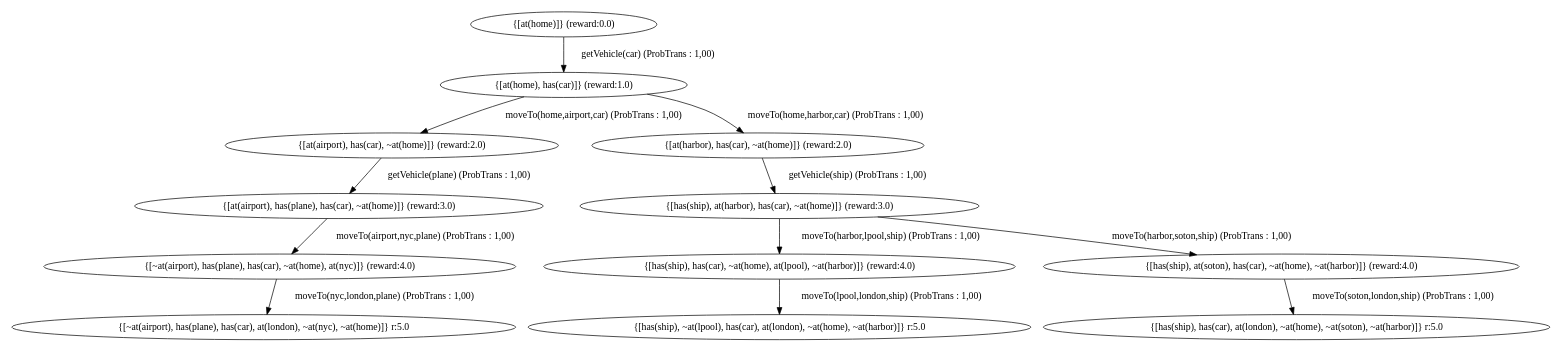
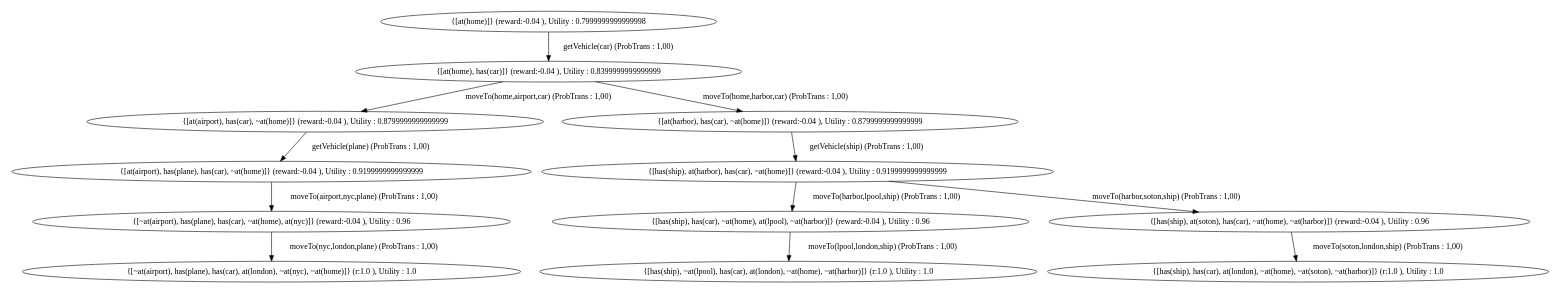
The diagram in chimp/src/main/java/examples/MDP/gotolondon/gotolondonGraph.dot (htiraHatem/CHIMP_MDP), drawn with Graphviz before and after one commit. The commit also changed 3 other files, not shown here.

```diff
--- a/chimp/src/main/java/examples/MDP/gotolondon/gotolondonGraph.dot
+++ b/chimp/src/main/java/examples/MDP/gotolondon/gotolondonGraph.dot
@@ -1,26 +1,26 @@
 digraph {
  size="18,11";
-"5" [label="{[~at(airport), has(plane), has(car), at(london), ~at(nyc), ~at(home)]} r:5.0"];
-"9" [label="{[has(ship), ~at(lpool), has(car), at(london), ~at(home), ~at(harbor)]} r:5.0"];
-"11" [label="{[has(ship), has(car), at(london), ~at(home), ~at(soton), ~at(harbor)]} r:5.0"];
-"0" [label="{[at(home)]} (reward:0.0) "];
-"1" [label="{[at(home), has(car)]} (reward:1.0) "];
-"2" [label="{[at(airport), has(car), ~at(home)]} (reward:2.0) "];
-"3" [label="{[at(airport), has(plane), has(car), ~at(home)]} (reward:3.0) "];
-"4" [label="{[~at(airport), has(plane), has(car), ~at(home), at(nyc)]} (reward:4.0) "];
-"6" [label="{[at(harbor), has(car), ~at(home)]} (reward:2.0) "];
-"7" [label="{[has(ship), at(harbor), has(car), ~at(home)]} (reward:3.0) "];
-"8" [label="{[has(ship), has(car), ~at(home), at(lpool), ~at(harbor)]} (reward:4.0) "];
-"10" [label="{[has(ship), at(soton), has(car), ~at(home), ~at(harbor)]} (reward:4.0) "];
+"5" [label="{[~at(airport), has(plane), has(car), at(london), ~at(nyc), ~at(home)]} (r:1.0 ), Utility : 1.0 "];
+"9" [label="{[has(ship), ~at(lpool), has(car), at(london), ~at(home), ~at(harbor)]} (r:1.0 ), Utility : 1.0 "];
+"11" [label="{[has(ship), has(car), at(london), ~at(home), ~at(soton), ~at(harbor)]} (r:1.0 ), Utility : 1.0 "];
+"0" [label="{[at(home)]} (reward:-0.04 ), Utility : 0.7999999999999998 "];
+"1" [label="{[at(home), has(car)]} (reward:-0.04 ), Utility : 0.8399999999999999 "];
+"2" [label="{[at(airport), has(car), ~at(home)]} (reward:-0.04 ), Utility : 0.8799999999999999 "];
+"3" [label="{[at(airport), has(plane), has(car), ~at(home)]} (reward:-0.04 ), Utility : 0.9199999999999999 "];
+"4" [label="{[~at(airport), has(plane), has(car), ~at(home), at(nyc)]} (reward:-0.04 ), Utility : 0.96 "];
+"6" [label="{[at(harbor), has(car), ~at(home)]} (reward:-0.04 ), Utility : 0.8799999999999999 "];
+"7" [label="{[has(ship), at(harbor), has(car), ~at(home)]} (reward:-0.04 ), Utility : 0.9199999999999999 "];
+"8" [label="{[has(ship), has(car), ~at(home), at(lpool), ~at(harbor)]} (reward:-0.04 ), Utility : 0.96 "];
+"10" [label="{[has(ship), at(soton), has(car), ~at(home), ~at(harbor)]} (reward:-0.04 ), Utility : 0.96 "];
 "0" -> "1" [ label="getVehicle(car) (ProbTrans : 1,00)" ];
 "1" -> "2" [ label="moveTo(home,airport,car) (ProbTrans : 1,00)" ];
 "1" -> "6" [ label="moveTo(home,harbor,car) (ProbTrans : 1,00)" ];
 "2" -> "3" [ label="getVehicle(plane) (ProbTrans : 1,00)" ];
 "3" -> "4" [ label="moveTo(airport,nyc,plane) (ProbTrans : 1,00)" ];
 "4" -> "5" [ label="moveTo(nyc,london,plane) (ProbTrans : 1,00)" ];
 "6" -> "7" [ label="getVehicle(ship) (ProbTrans : 1,00)" ];
 "7" -> "8" [ label="moveTo(harbor,lpool,ship) (ProbTrans : 1,00)" ];
 "7" -> "10" [ label="moveTo(harbor,soton,ship) (ProbTrans : 1,00)" ];
 "8" -> "9" [ label="moveTo(lpool,london,ship) (ProbTrans : 1,00)" ];
 "10" -> "11" [ label="moveTo(soton,london,ship) (ProbTrans : 1,00)" ];
 }
```
